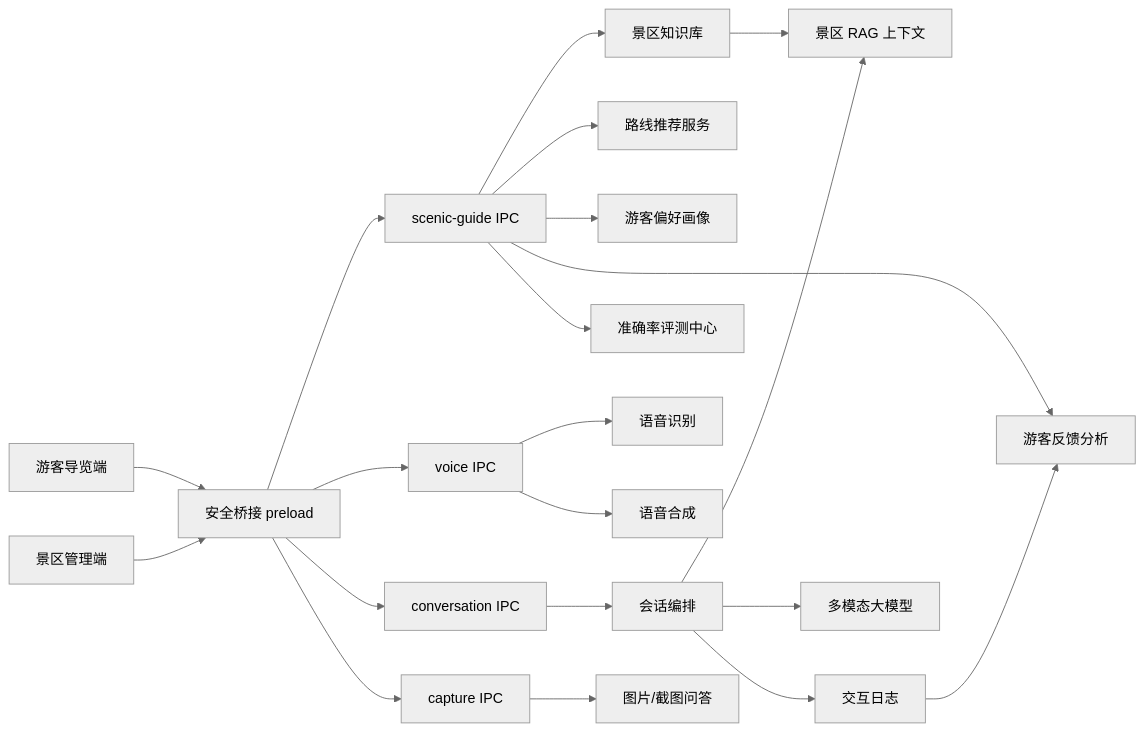
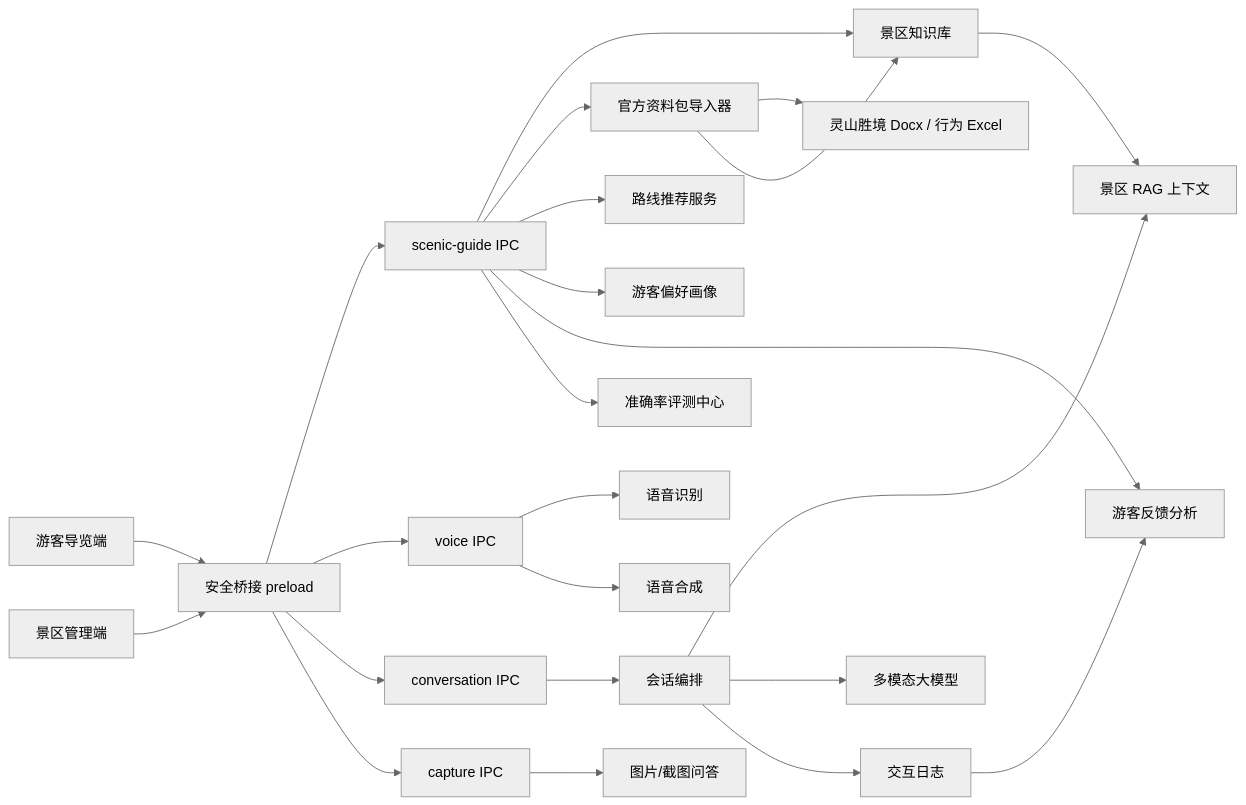
One commit to pixelsama/OtakuClaw changed the diagram in docs/景区导览服务AI数字人赛题适配改造方案-2026-05-04.md. Above: the diagram before and after it, drawn with Mermaid (neutral theme). The commit also changed other lines of this file, not shown here.

Commit message:
docs: align scenic guide plan with official lingshan data

````diff
--- a/docs/景区导览服务AI数字人赛题适配改造方案-2026-05-04.md
+++ b/docs/景区导览服务AI数字人赛题适配改造方案-2026-05-04.md
@@ -131,27 +151,30 @@
 ```mermaid
 flowchart LR
   Visitor["游客导览端"] --> Preload["安全桥接 preload"]
   Admin["景区管理端"] --> Preload
 
   Preload --> ScenicIpc["scenic-guide IPC"]
   Preload --> VoiceIpc["voice IPC"]
   Preload --> ConversationIpc["conversation IPC"]
   Preload --> CaptureIpc["capture IPC"]
 
   ScenicIpc --> Knowledge["景区知识库"]
+  ScenicIpc --> Importer["官方资料包导入器"]
   ScenicIpc --> Route["路线推荐服务"]
   ScenicIpc --> Profile["游客偏好画像"]
   ScenicIpc --> Analytics["游客反馈分析"]
   ScenicIpc --> Eval["准确率评测中心"]
+  Importer --> OfficialDocs["灵山胜境 Docx / 行为 Excel"]
+  Importer --> Knowledge
 
   ConversationIpc --> Runtime["会话编排"]
   Runtime --> Rag["景区 RAG 上下文"]
   Runtime --> LLM["多模态大模型"]
   VoiceIpc --> ASR["语音识别"]
   VoiceIpc --> TTS["语音合成"]
   CaptureIpc --> Vision["图片/截图问答"]
 
   Runtime --> Logs["交互日志"]
   Logs --> Analytics
   Knowledge --> Rag
 ```
````
